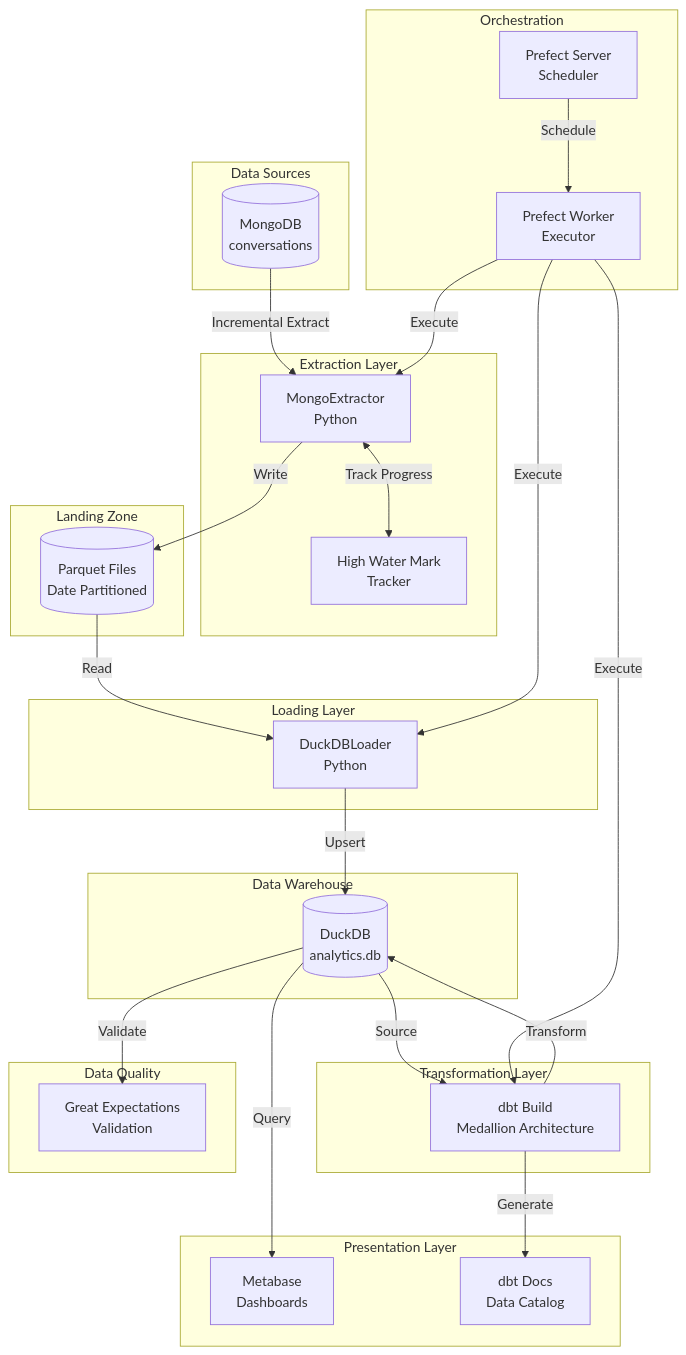
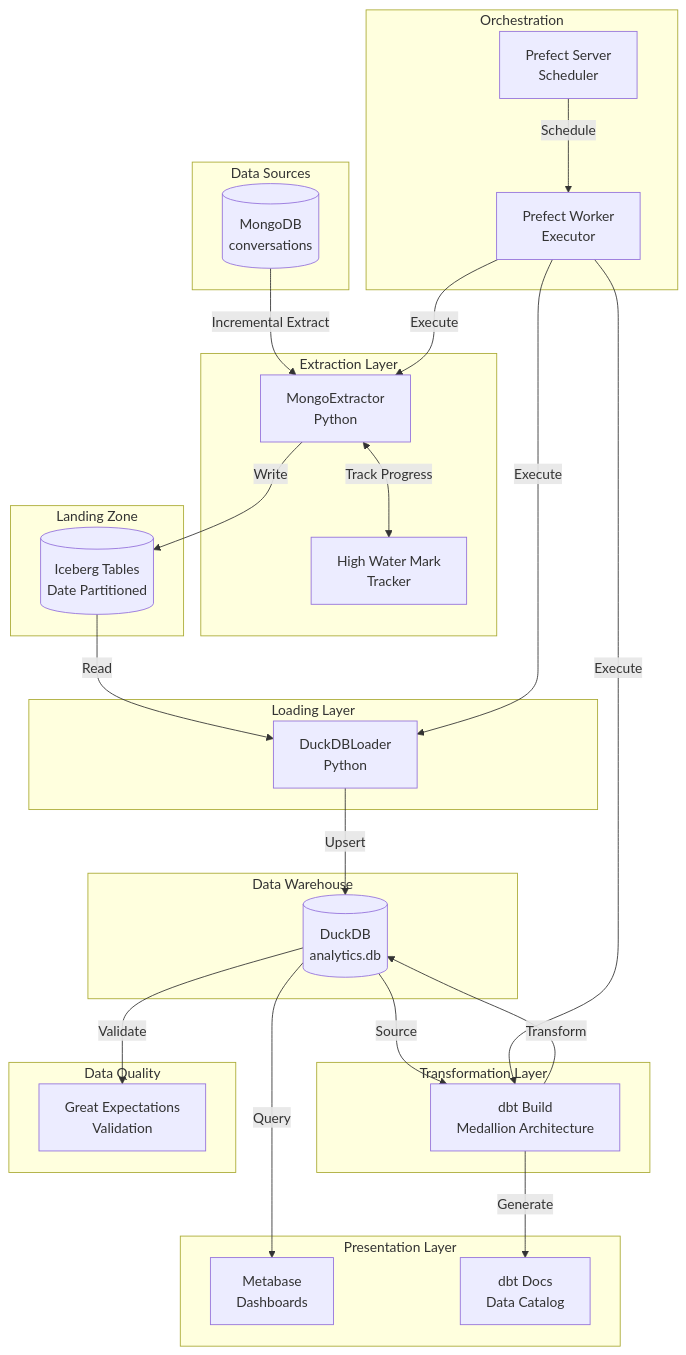
One commit to farshad-akbari-hb/claude-code-conversation-analytics changed the first of 17 diagrams in analytics/ARCHITECTURE.md. Above: the diagram before and after it, drawn with Mermaid. The commit also changed other lines of this file and 26 other files, not shown here.

First line of the commit message:
claude/parquet-to-iceberg-migration-L3Vxm (#1)

````diff
--- a/analytics/ARCHITECTURE.md
+++ b/analytics/ARCHITECTURE.md
@@ -69,57 +69,57 @@
 ```mermaid
 flowchart TB
     subgraph Sources["Data Sources"]
         MONGO[(MongoDB<br/>conversations)]
     end
 
     subgraph Extraction["Extraction Layer"]
         EXT[MongoExtractor<br/>Python]
         HWM[High Water Mark<br/>Tracker]
     end
 
     subgraph Storage["Landing Zone"]
-        PARQUET[("Parquet Files<br/>Date Partitioned")]
+        ICEBERG[("Iceberg Tables<br/>Date Partitioned")]
     end
 
     subgraph Loading["Loading Layer"]
         LOADER[DuckDBLoader<br/>Python]
     end
 
     subgraph Warehouse["Data Warehouse"]
         DUCK[(DuckDB<br/>analytics.db)]
     end
 
     subgraph Transform["Transformation Layer"]
         DBT[dbt Build<br/>Medallion Architecture]
     end
 
     subgraph Quality["Data Quality"]
         GE[Great Expectations<br/>Validation]
     end
 
     subgraph Presentation["Presentation Layer"]
         META[Metabase<br/>Dashboards]
         DOCS[dbt Docs<br/>Data Catalog]
     end
 
     subgraph Orchestration["Orchestration"]
         PREFECT[Prefect Server<br/>Scheduler]
         WORKER[Prefect Worker<br/>Executor]
     end
 
     MONGO -->|Incremental Extract| EXT
     EXT <-->|Track Progress| HWM
-    EXT -->|Write| PARQUET
-    PARQUET -->|Read| LOADER
+    EXT -->|Write| ICEBERG
+    ICEBERG -->|Read| LOADER
     LOADER -->|Upsert| DUCK
     DUCK -->|Source| DBT
     DBT -->|Transform| DUCK
     DUCK -->|Validate| GE
     DUCK -->|Query| META
     DBT -->|Generate| DOCS
 
     PREFECT -->|Schedule| WORKER
     WORKER -->|Execute| EXT
     WORKER -->|Execute| LOADER
     WORKER -->|Execute| DBT
 ```
````
